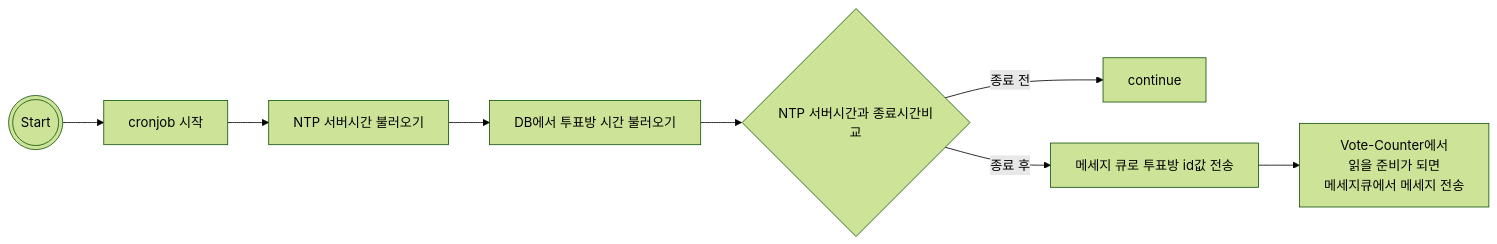
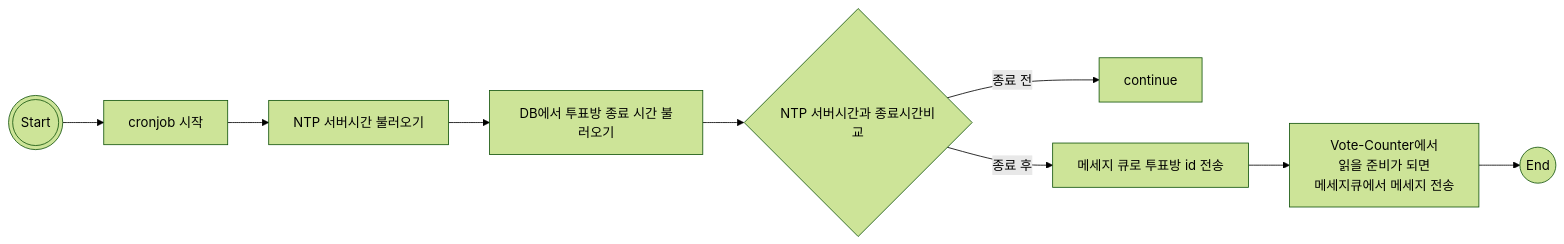
Before and after one commit to jjhwan-h/2024_CBNU_DIDI: the fourth of 5 diagrams in README.md, drawn with Mermaid (forest theme). The commit also changed other lines of this file, not shown here.

````diff
--- a/README.md
+++ b/README.md
@@ -132,14 +137,14 @@
 ```mermaid
 graph LR
 %%투표 종료시간 확인
 start(((Start))) --> id0[cronjob 시작]
 id0 --> id1[NTP 서버시간 불러오기]
-id1 --> id2[DB에서 투표방 시간 불러오기]
+id1 --> id2[DB에서 투표방 종료 시간 불러오기]
 id2 --> id3{NTP 서버시간과 종료시간비교}
 id3 -- 종료 전 --> id4[continue]
-id3 -- 종료 후 --> id5[메세지 큐로 투표방 id값 전송]
+id3 -- 종료 후 --> id5[메세지 큐로 투표방 id 전송]
 id5 --> id6[Vote-Counter에서 
 읽을 준비가 되면 
 메세지큐에서 메세지 전송]
-
+id6 --> id7((End))
 ```
````
